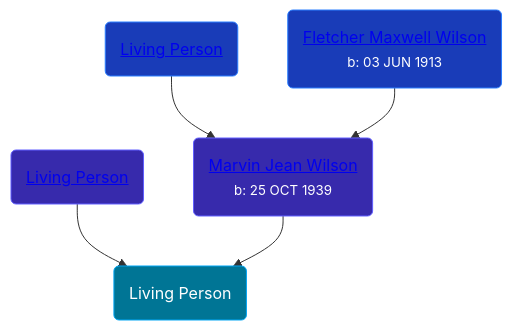
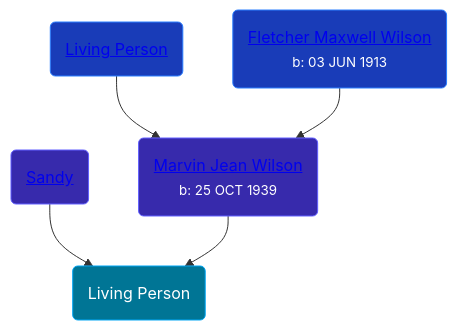
One commit to wpmgotkh/wpmgotkh.github.io changed the diagram in pages/people/6/61079996.md. Above: the diagram before and after it, drawn with Mermaid. The commit also changed other lines of this file and 586 other files, not shown here.

Commit message:
feat: better shouldConsiderPersonLiving algo

````diff
--- a/pages/people/6/61079996.md
+++ b/pages/people/6/61079996.md
@@ -10,11 +10,11 @@
 ```mermaid
 graph
 classDef grands fill:#193cb8,stroke:#2b7fff,stroke-width:1px,color:#fff;
 classDef parents fill:#372aac,stroke:#615fff,stroke-width:1px,color:#fff;
 classDef primary fill:#007595,stroke:#00a6f4,stroke-width:1px,color:#fff;
 61079996(Living Person):::primary
-30798033(<a class="text-white" href="/people/3/30798033">Living Person</a>):::parents-->61079996
+30798033(<a class="text-white" href="/people/3/30798033">Sandy </a>):::parents-->61079996
 40728128(<a class="text-white" href="/people/4/40728128">Marvin Jean Wilson</a><br /><small>b: 25 OCT 1939</small>):::parents-->61079996
 1324224(<a class="text-white" href="/people/1/1324224">Living Person</a>):::grands-->40728128
 32597724(<a class="text-white" href="/people/3/32597724">Fletcher Maxwell Wilson</a><br /><small>b: 03 JUN 1913</small>):::grands-->40728128
 ```
````
